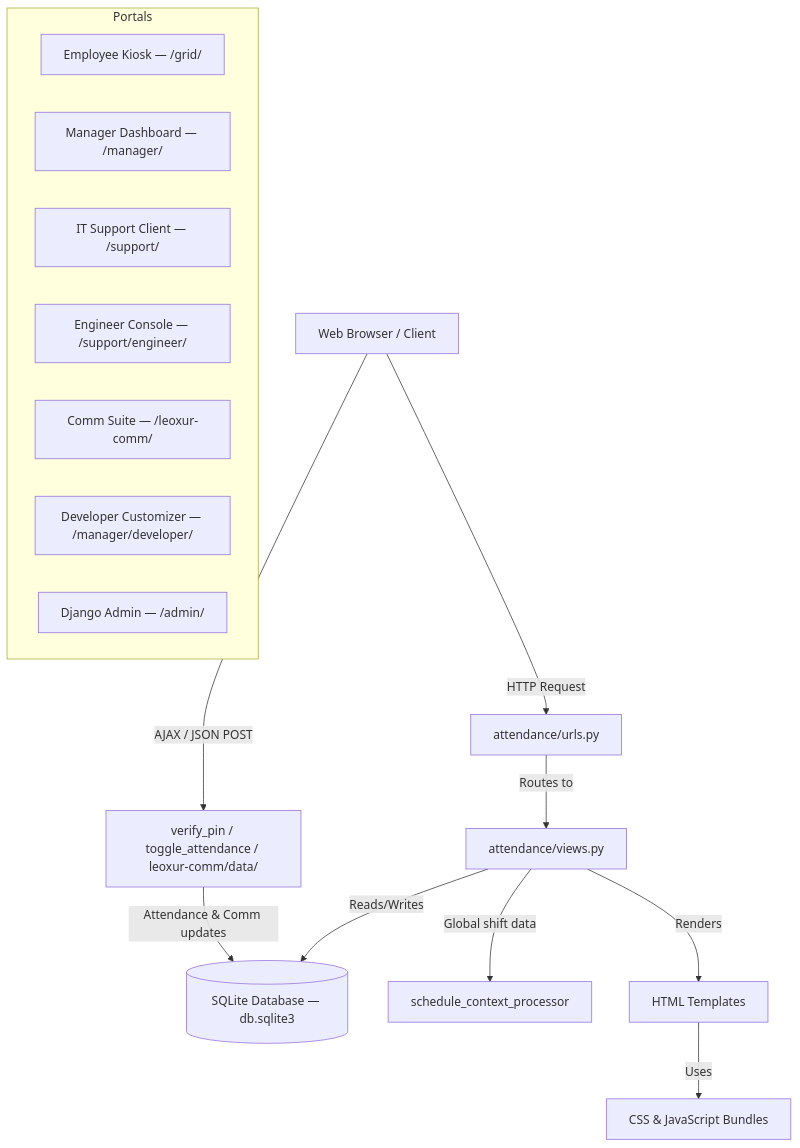
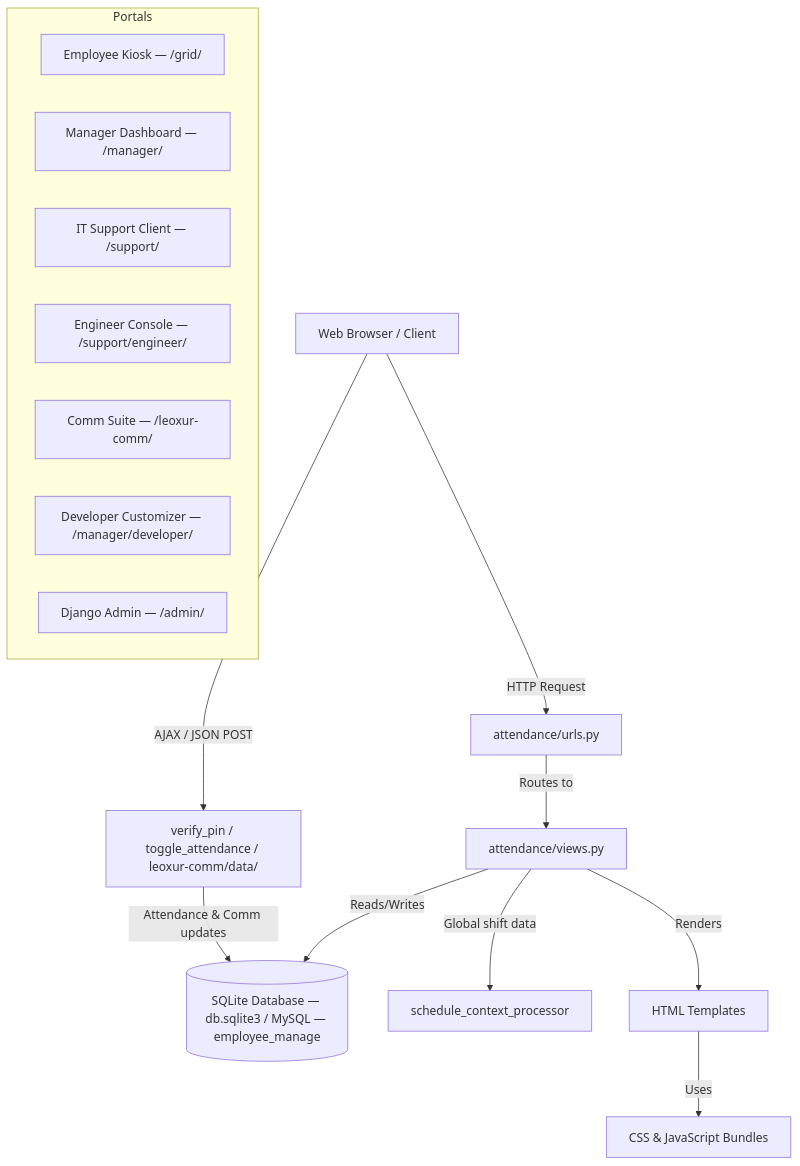
One commit to leoxurDev/EmployeeManagementTool changed the diagram in README.md. Above: the diagram before and after it, drawn with Mermaid. The commit also changed other lines of this file and 7 other files, not shown here.

````diff
--- a/README.md
+++ b/README.md
@@ -42,24 +23,24 @@
 ```mermaid
 graph TD
     Browser[Web Browser / Client] -->|HTTP Request| DjangoURLs[attendance/urls.py]
     DjangoURLs -->|Routes to| DjangoViews[attendance/views.py]
 
-    DjangoViews -->|Reads/Writes| DB[(SQLite Database — db.sqlite3)]
+    DjangoViews -->|Reads/Writes| DB[(SQLite Database — db.sqlite3 / MySQL — employee_manage)]
     DjangoViews -->|Global shift data| ContextProc[schedule_context_processor]
 
     DjangoViews -->|Renders| Templates[HTML Templates]
     Templates -->|Uses| StaticFiles[CSS & JavaScript Bundles]
 
     Browser -->|AJAX / JSON POST| APIEndpoints[verify_pin / toggle_attendance / leoxur-comm/data/]
     APIEndpoints -->|Attendance & Comm updates| DB
 
     subgraph Portals
         Kiosk[Employee Kiosk — /grid/]
         ManagerDash[Manager Dashboard — /manager/]
         SupportClient[IT Support Client — /support/]
         SupportEng[Engineer Console — /support/engineer/]
         LeoxurComm[Comm Suite — /leoxur-comm/]
         DevPage[Developer Customizer — /manager/developer/]
         AdminPanel[Django Admin — /admin/]
     end
 ```
````
